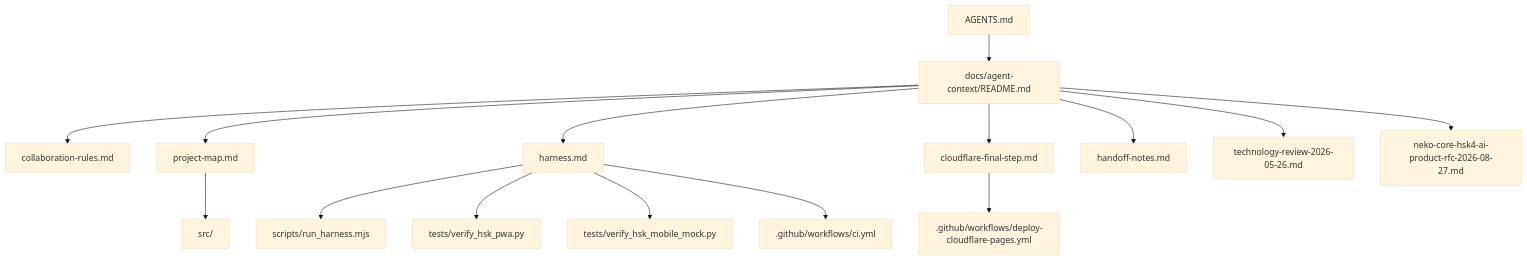
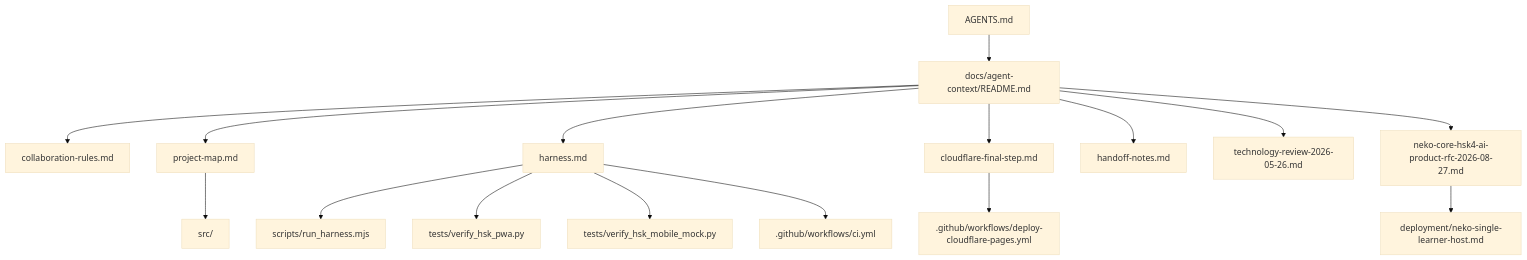
The diagram in docs/agent-context/README.md (meiiie/hong_hsk), drawn with Mermaid (base theme) before and after one commit. The commit also changed other lines of this file and 8 other files, not shown here.

Commit message:
Adopt direct Neko host for single learner

````diff
--- a/docs/agent-context/README.md
+++ b/docs/agent-context/README.md
@@ -22,17 +23,18 @@
 ```mermaid
 flowchart TD
   A["AGENTS.md"] --> B["docs/agent-context/README.md"]
   B --> C["collaboration-rules.md"]
   B --> D["project-map.md"]
   B --> E["harness.md"]
   B --> F["cloudflare-final-step.md"]
   B --> G["handoff-notes.md"]
   B --> N["technology-review-2026-05-26.md"]
   B --> O["neko-core-hsk4-ai-product-rfc-2026-08-27.md"]
+  O --> P["deployment/neko-single-learner-host.md"]
   E --> H["scripts/run_harness.mjs"]
   E --> I["tests/verify_hsk_pwa.py"]
   E --> J["tests/verify_hsk_mobile_mock.py"]
   E --> K[".github/workflows/ci.yml"]
   F --> L[".github/workflows/deploy-cloudflare-pages.yml"]
   D --> M["src/"]
 ```
````
